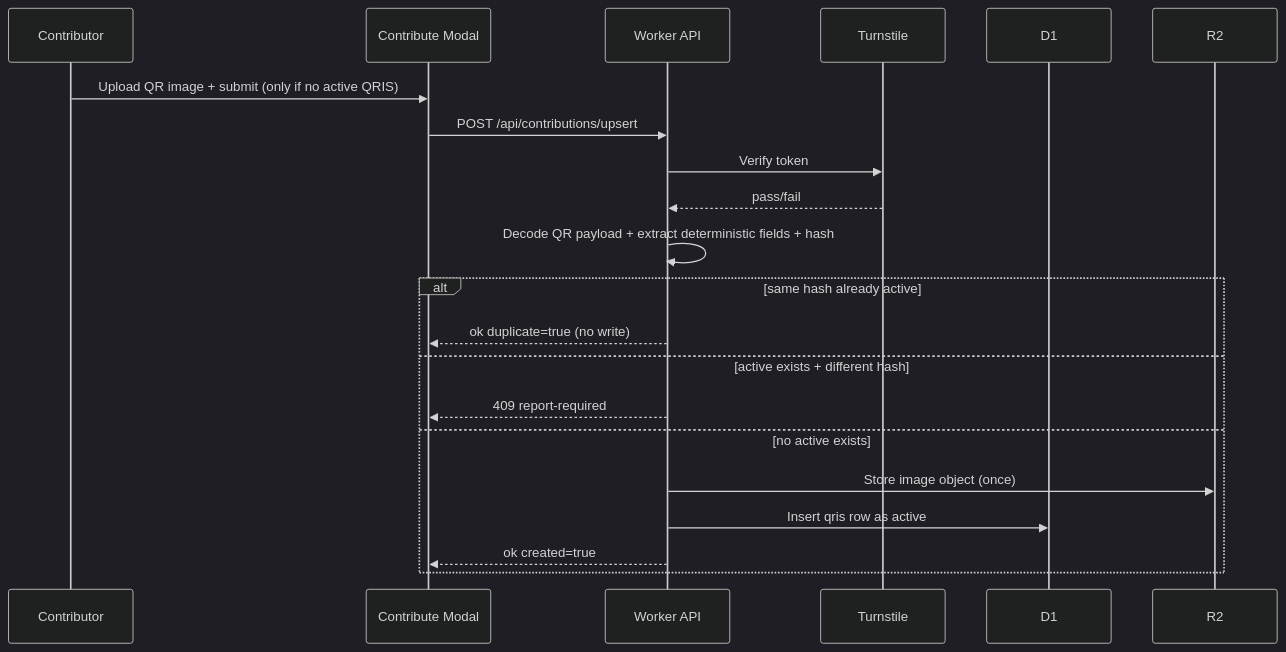
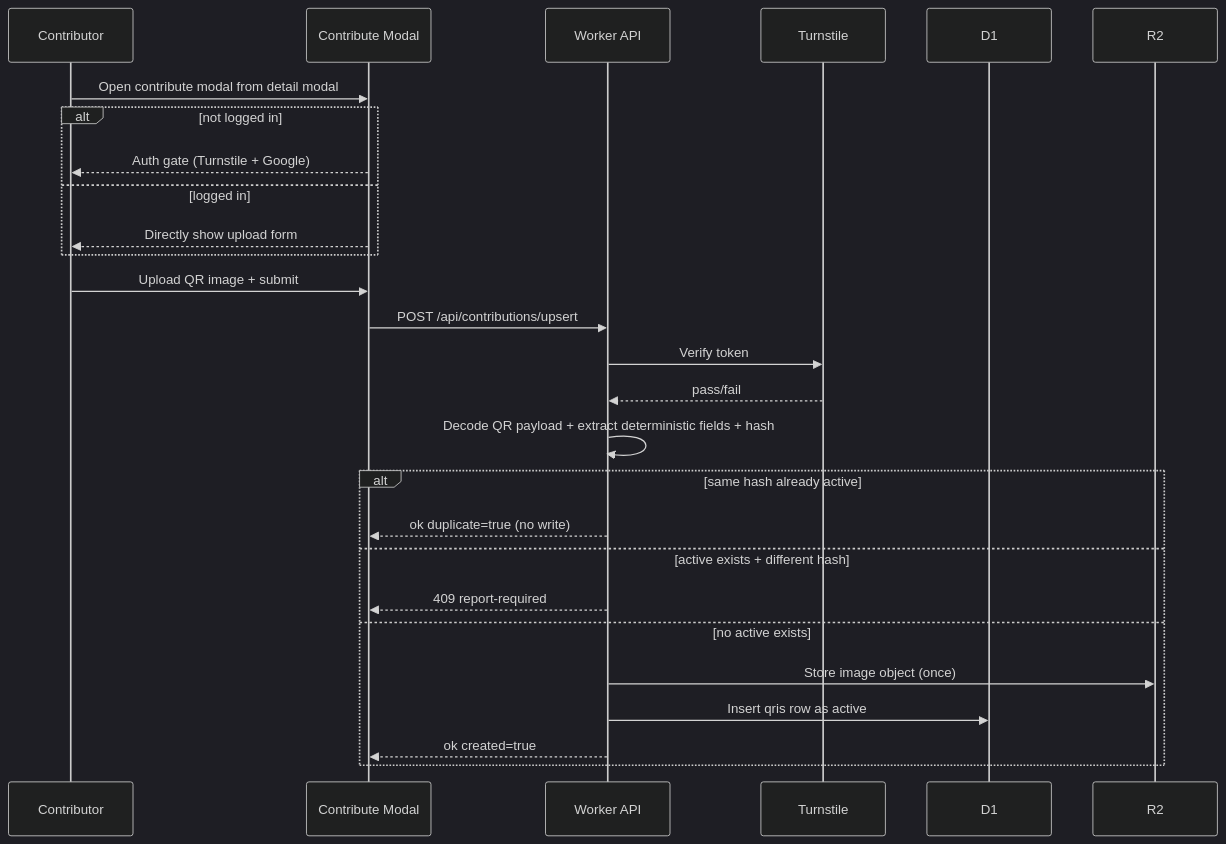
Before and after one commit to radjathaher/qris-masjid: the fifth of 6 diagrams in docs/spec.md, drawn with Mermaid (dark theme). The commit also changed other lines of this file and 23 other files, not shown here.

Commit message:
feat: auth-aware kontribusi QRIS + copy UI Bahasa Indonesia

````diff
--- a/docs/spec.md
+++ b/docs/spec.md
@@ -416,24 +442,30 @@
 ```mermaid
 sequenceDiagram
   participant U as Contributor
   participant FE as Contribute Modal
   participant API as Worker API
   participant TS as Turnstile
   participant D1 as D1
   participant R2 as R2
 
-  U->>FE: Upload QR image + submit (only if no active QRIS)
+  U->>FE: Open contribute modal from detail modal
+  alt not logged in
+    FE-->>U: Auth gate (Turnstile + Google)
+  else logged in
+    FE-->>U: Directly show upload form
+  end
+  U->>FE: Upload QR image + submit
   FE->>API: POST /api/contributions/upsert
   API->>TS: Verify token
   TS-->>API: pass/fail
   API->>API: Decode QR payload + extract deterministic fields + hash
   alt same hash already active
     API-->>FE: ok duplicate=true (no write)
   else active exists + different hash
     API-->>FE: 409 report-required
   else no active exists
     API->>R2: Store image object (once)
     API->>D1: Insert qris row as active
     API-->>FE: ok created=true
   end
 ```
````
